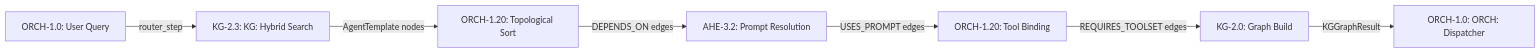
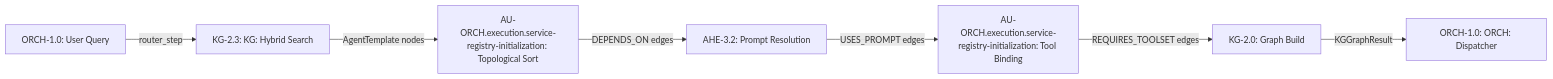
Before and after one commit to Knuckles-Team/agent-utilities: the diagram in docs/pillars/1_graph_orchestration/ORCH-1.7-KG_Graph_Factory.md, drawn with Mermaid. The commit also changed other lines of this file and 2324 other files, not shown here.

````diff
--- a/docs/pillars/1_graph_orchestration/ORCH-1.7-KG_Graph_Factory.md
+++ b/docs/pillars/1_graph_orchestration/ORCH-1.7-KG_Graph_Factory.md
@@ -23,9 +23,9 @@
 ```mermaid
 flowchart LR
     Q["ORCH-1.0: User Query"] -->|"router_step"| SEARCH["KG-2.3: KG: Hybrid Search"]
-    SEARCH -->|"AgentTemplate nodes"| TOPO["ORCH-1.20: Topological Sort"]
+    SEARCH -->|"AgentTemplate nodes"| TOPO["AU-ORCH.execution.service-registry-initialization: Topological Sort"]
     TOPO -->|"DEPENDS_ON edges"| PROMPT["AHE-3.2: Prompt Resolution"]
-    PROMPT -->|"USES_PROMPT edges"| TOOL["ORCH-1.20: Tool Binding"]
+    PROMPT -->|"USES_PROMPT edges"| TOOL["AU-ORCH.execution.service-registry-initialization: Tool Binding"]
     TOOL -->|"REQUIRES_TOOLSET edges"| BUILD["KG-2.0: Graph Build"]
     BUILD -->|"KGGraphResult"| DISPATCH["ORCH-1.0: ORCH: Dispatcher"]
 ```
````
